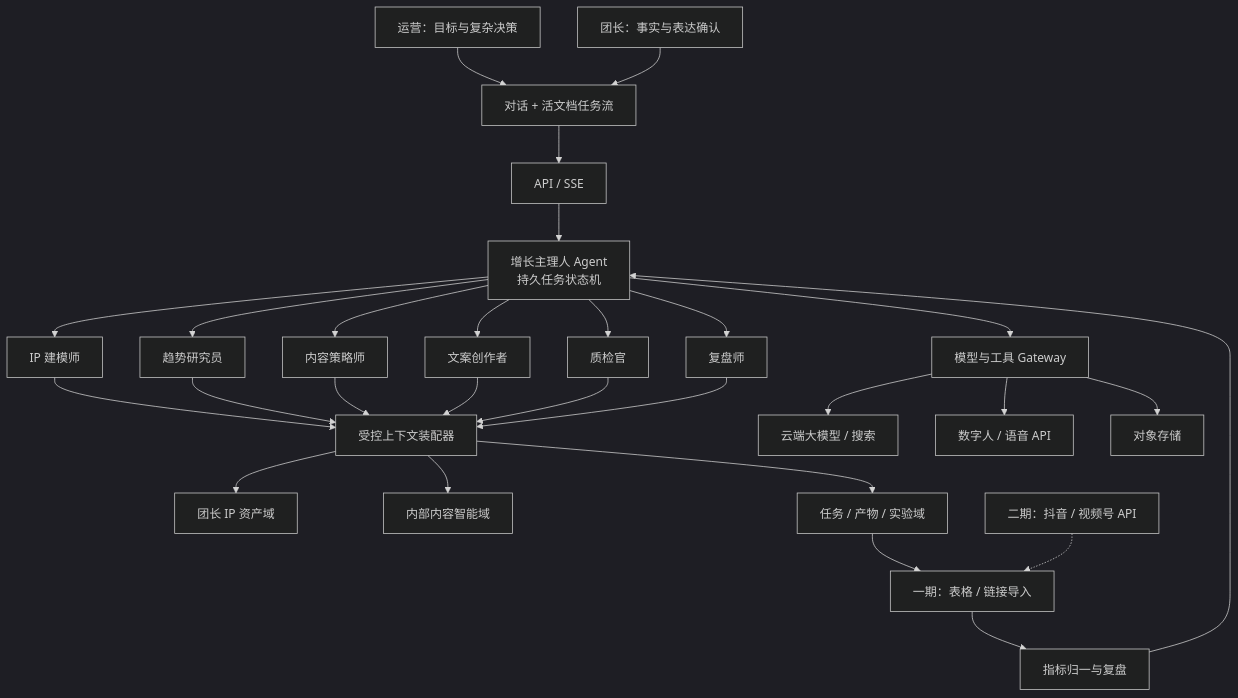
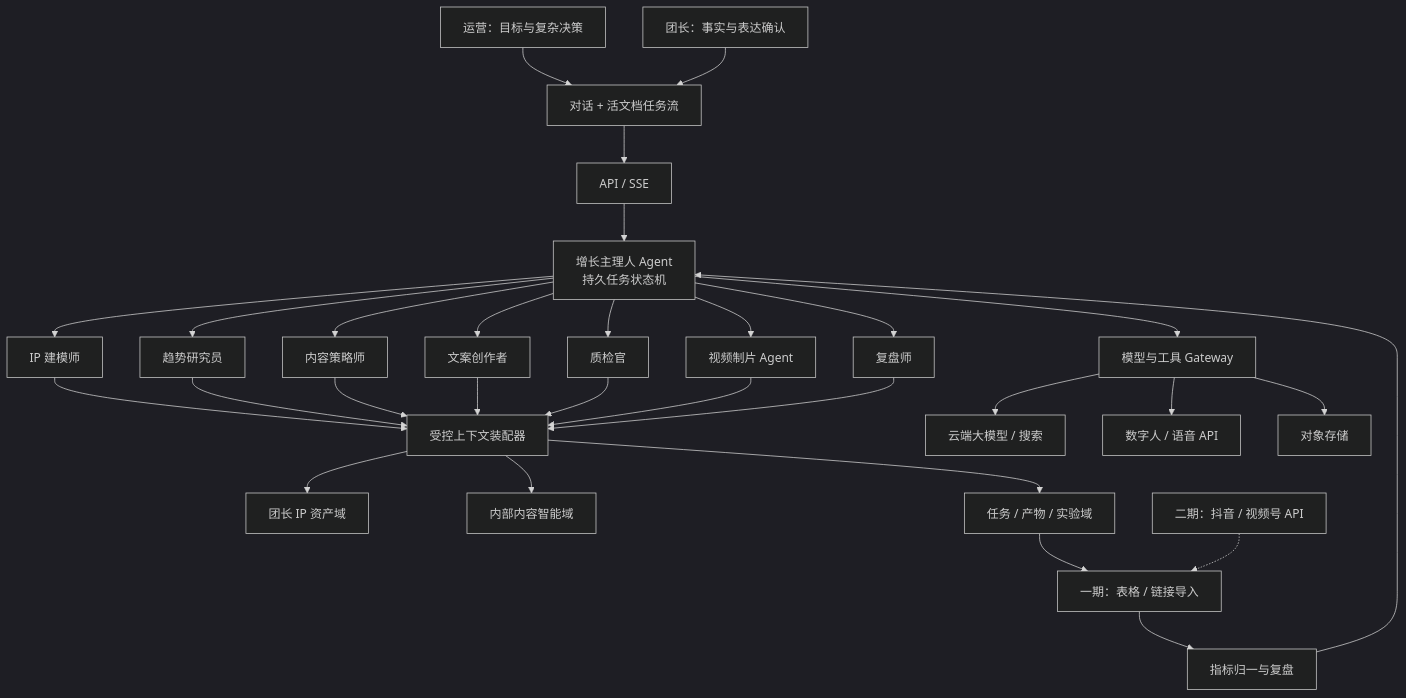
One commit to iSamlzh/short-video-llm changed the first of 2 diagrams in docs/superpowers/specs/2026-08-15-group-leader-content-growth-agent-design.md. Above: the diagram before and after it, drawn with Mermaid (dark theme). The commit also changed other lines of this file, not shown here.

Commit message:
docs: add digital human short-video production flow

````diff
--- a/docs/superpowers/specs/2026-08-15-group-leader-content-growth-agent-design.md
+++ b/docs/superpowers/specs/2026-08-15-group-leader-content-growth-agent-design.md
@@ -116,25 +118,26 @@
 ```mermaid
 flowchart TB
     U1["运营：目标与复杂决策"] --> UI["对话 + 活文档任务流"]
     U2["团长：事实与表达确认"] --> UI
     UI --> API["API / SSE"]
     API --> ORCH["增长主理人 Agent\n持久任务状态机"]
     ORCH --> A1["IP 建模师"]
     ORCH --> A2["趋势研究员"]
     ORCH --> A3["内容策略师"]
     ORCH --> A4["文案创作者"]
     ORCH --> A5["质检官"]
-    ORCH --> A6["复盘师"]
-    A1 & A2 & A3 & A4 & A5 & A6 --> CTX["受控上下文装配器"]
+    ORCH --> A6["视频制片 Agent"]
+    ORCH --> A7["复盘师"]
+    A1 & A2 & A3 & A4 & A5 & A6 & A7 --> CTX["受控上下文装配器"]
     CTX --> IP["团长 IP 资产域"]
     CTX --> INTEL["内部内容智能域"]
     CTX --> RUN["任务 / 产物 / 实验域"]
     ORCH --> TOOLS["模型与工具 Gateway"]
     TOOLS --> LLM["云端大模型 / 搜索"]
     TOOLS --> AVATAR["数字人 / 语音 API"]
     TOOLS --> STORAGE["对象存储"]
     RUN --> IMPORT["一期：表格 / 链接导入"]
     IMPORT --> REVIEW["指标归一与复盘"]
     REVIEW --> ORCH
     P2["二期：抖音 / 视频号 API"] -.-> IMPORT
 ```
````
